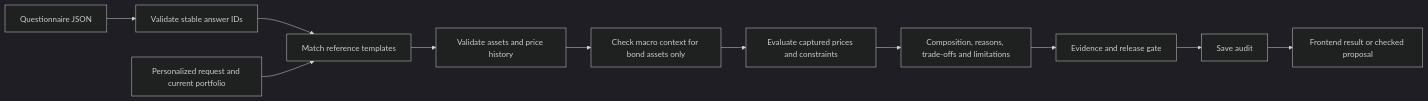
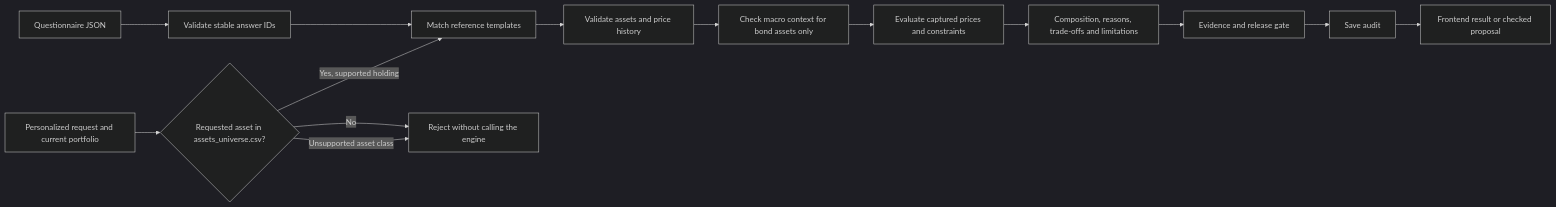
Before and after one commit to JayjayGz/RecommenDathon: the diagram in docs/questionnaire-workflow.md, drawn with Mermaid (dark theme). The commit also changed other lines of this file and 9 other files, not shown here.

````diff
--- a/docs/questionnaire-workflow.md
+++ b/docs/questionnaire-workflow.md
@@ -9,13 +9,16 @@
 ```mermaid
 flowchart LR
     JSON[Questionnaire JSON] --> Validate[Validate stable answer IDs]
     Validate --> Match[Match reference templates]
     Match --> Price[Validate assets and price history]
     Price --> Macro[Check macro context for bond assets only]
     Macro --> Evaluate[Evaluate captured prices and constraints]
-    Edit[Personalized request and current portfolio] --> Match
+    Edit[Personalized request and current portfolio] --> Universe{Requested asset in assets_universe.csv?}
+    Universe -->|No| Reject[Reject without calling the engine]
+    Universe -->|Yes, supported holding| Match
+    Universe -->|Unsupported asset class| Reject
     Evaluate --> Evidence[Composition, reasons, trade-offs and limitations]
     Evidence --> Gate[Evidence and release gate]
     Gate --> Audit[Save audit]
     Audit --> Result[Frontend result or checked proposal]
 ```
````
